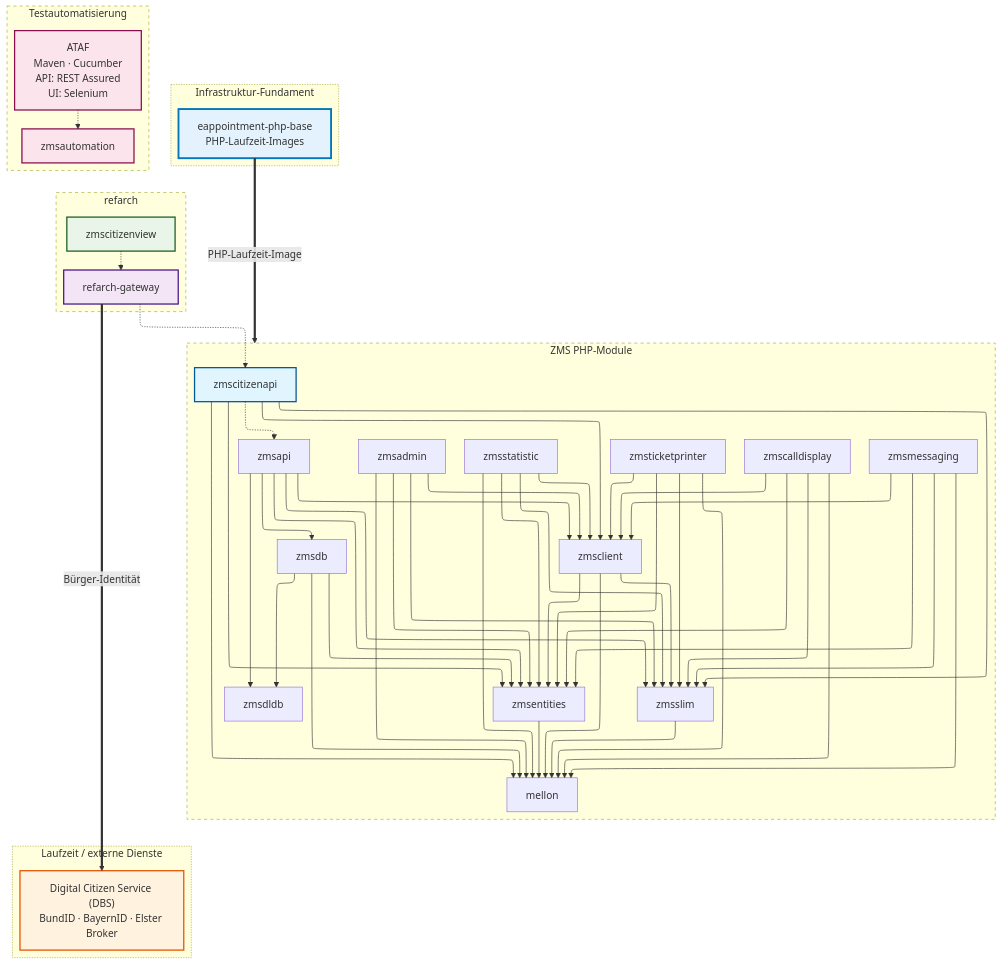
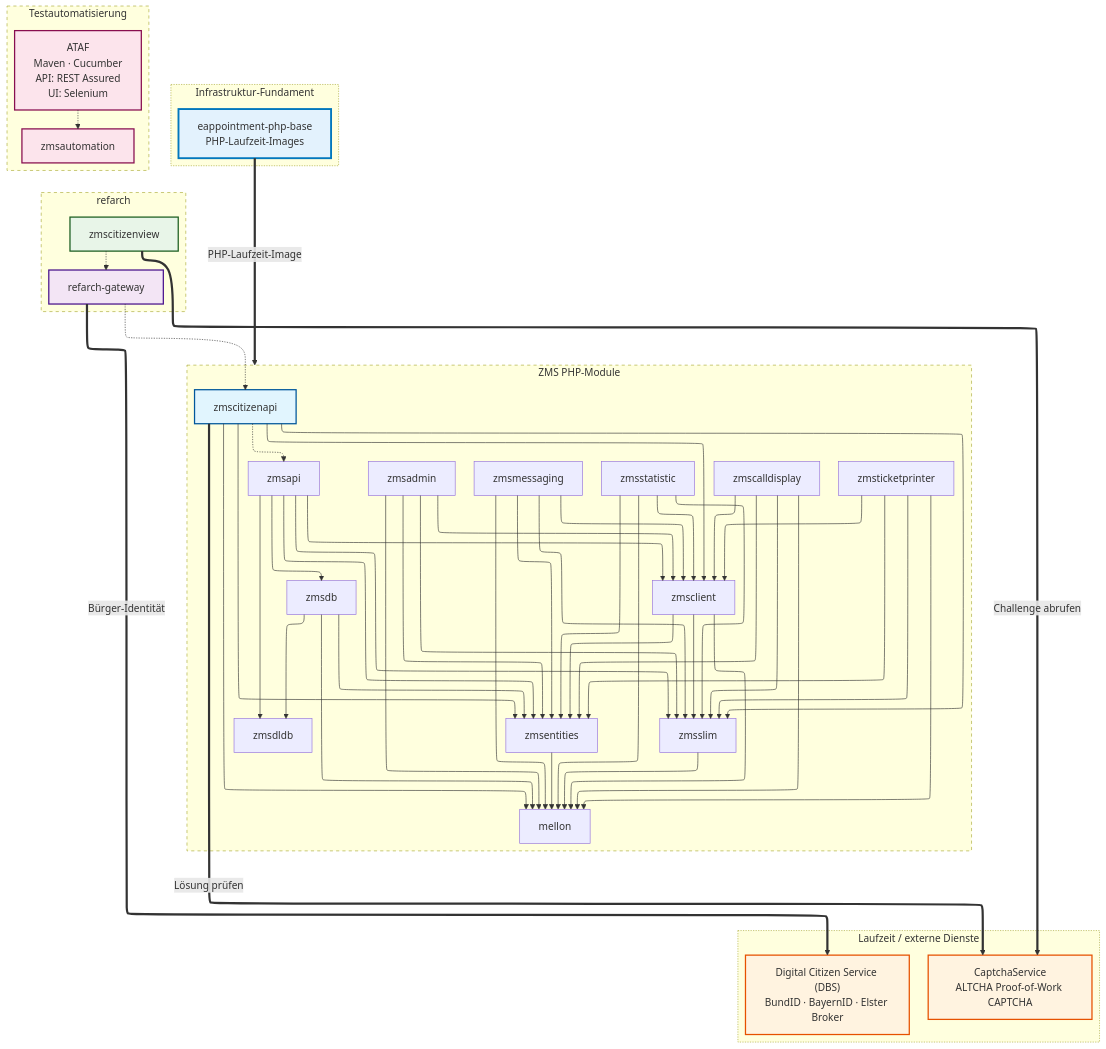
One commit to it-at-m/eappointment changed the diagram in docs/de/setup-and-development/development-rules/dependency-graph.md. Above: the diagram before and after it, drawn with Mermaid. The commit also changed other lines of this file and 4 other files, not shown here.

First line of the commit message:
docs(ZMSKVR): surface CaptchaService in dependency graph and history

```diff
--- a/docs/de/setup-and-development/development-rules/dependency-graph.md
+++ b/docs/de/setup-and-development/development-rules/dependency-graph.md
@@ -41,6 +42,8 @@
 
     %% Laufzeit-/externe Dienste (dick)
     refarch-gateway ==>|Bürger-Identität| dbs;
+    zmscitizenview ==>|Challenge abrufen| captchaservice;
+    zmscitizenapi ==>|Lösung prüfen| captchaservice;
     phpbase ==>|PHP-Laufzeit-Image| zms_modules;
 
     %% Testautomatisierung: ATAF stellt den Stack bereit; zmsautomation nutzt ihn (Ziele: Abschnitt unten)
@@ -73,6 +76,7 @@
     subgraph runtime [Laufzeit / externe Dienste]
         style runtime stroke-dasharray: 2, 4
         dbs["Digital Citizen Service (DBS)<br>BundID · BayernID · Elster Broker"]
+        captchaservice["CaptchaService<br>ALTCHA Proof-of-Work CAPTCHA"]
     end
 
     subgraph foundation [Infrastruktur-Fundament]
@@ -98,6 +102,7 @@
     class refarch-gateway gateway;
     class zmscitizenview citizenview;
     class dbs runtimeSvc;
+    class captchaservice runtimeSvc;
     class phpbase infra;
     class zmsautomation automation;
     class ataf automation;
```
